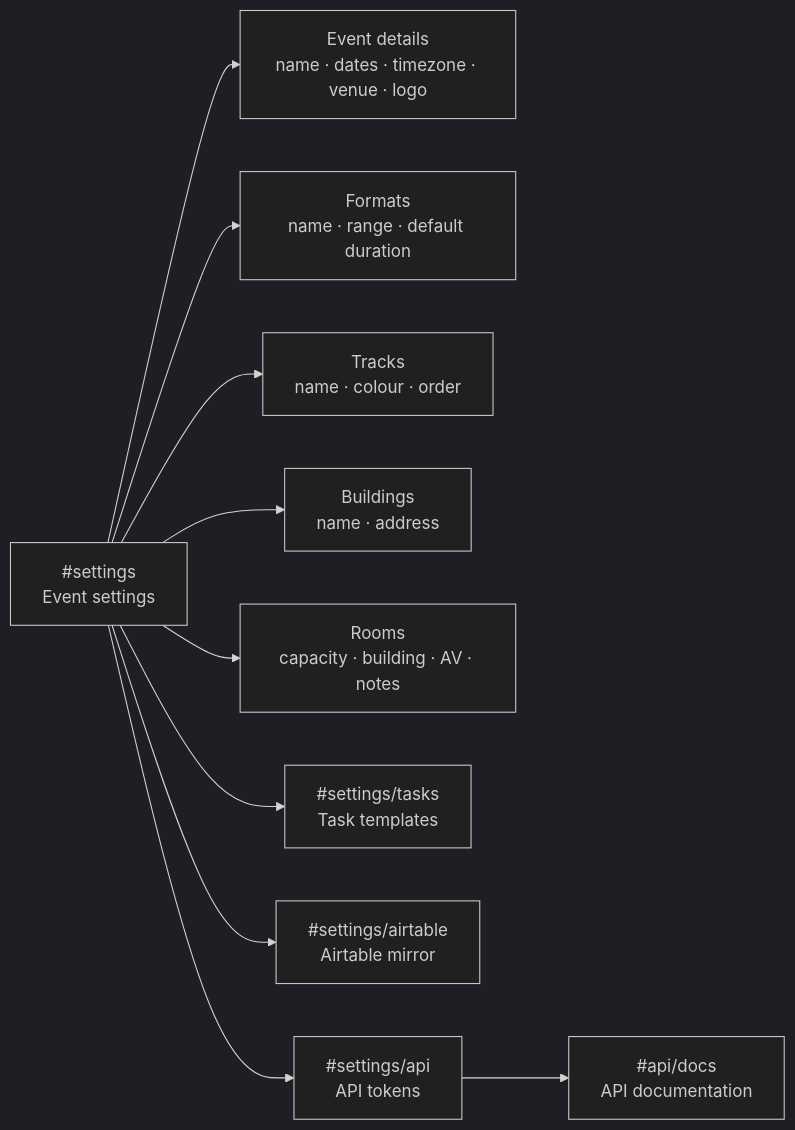
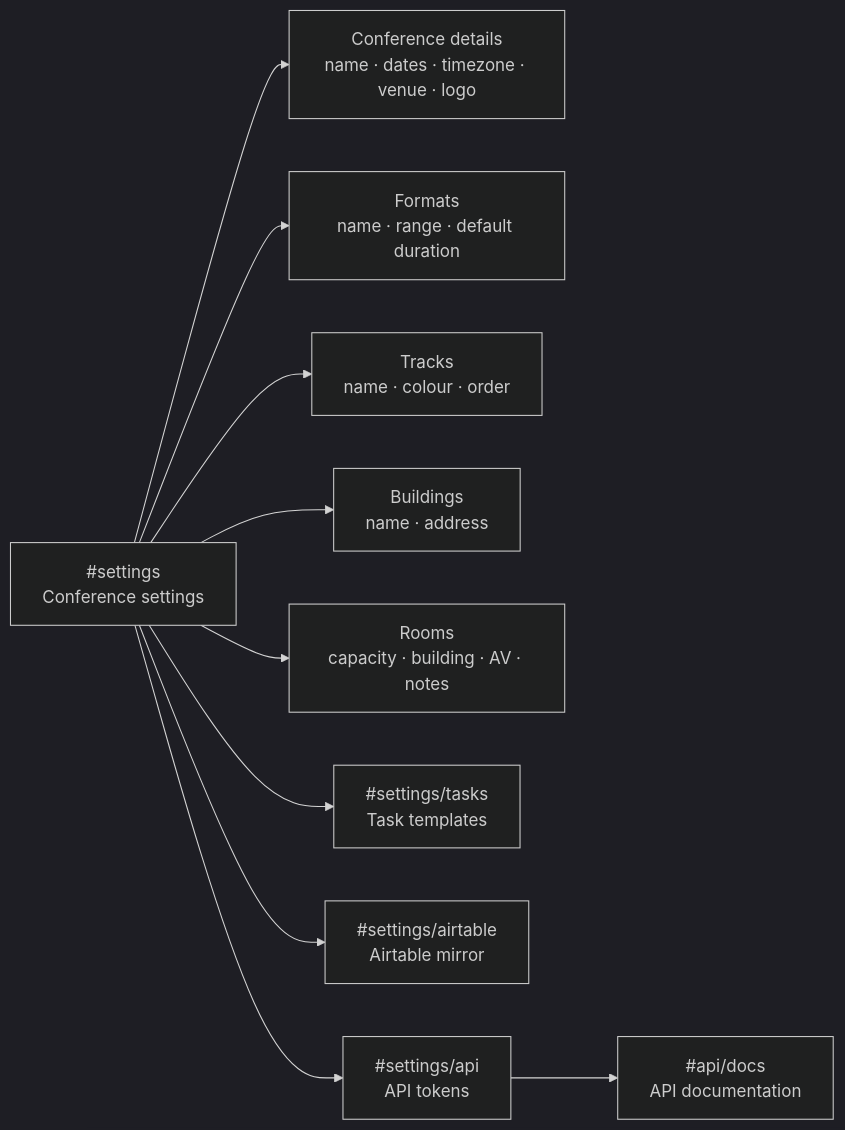
The third of 6 diagrams in SITEMAP.md (Stage-11-Agentics/marquee), drawn with Mermaid (dark theme) before and after one commit. The commit also changed other lines of this file and 2 other files, not shown here.

````diff
--- a/SITEMAP.md
+++ b/SITEMAP.md
@@ -126,14 +126,14 @@
 ```mermaid
 flowchart LR
-  Set["#settings<br/>Event settings"]
-  Set --> Details["Event details<br/>name · dates · timezone · venue · logo"]
+  Set["#settings<br/>Conference settings"]
+  Set --> Details["Conference details<br/>name · dates · timezone · venue · logo"]
   Set --> Formats["Formats<br/>name · range · default duration"]
   Set --> Tracks["Tracks<br/>name · colour · order"]
   Set --> Buildings["Buildings<br/>name · address"]
   Set --> Rooms["Rooms<br/>capacity · building · AV · notes"]
 
   Set --> Tasks["#settings/tasks<br/>Task templates"]
   Set --> Air["#settings/airtable<br/>Airtable mirror"]
   Set --> Tokens["#settings/api<br/>API tokens"]
   Tokens --> Docs["#api/docs<br/>API documentation"]
 ```
````
